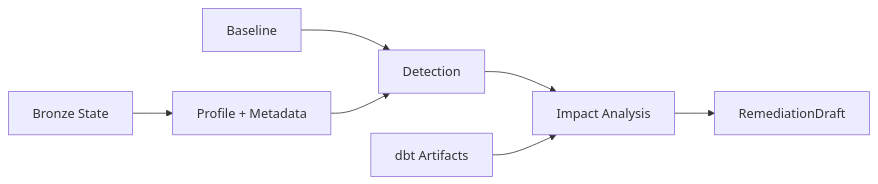
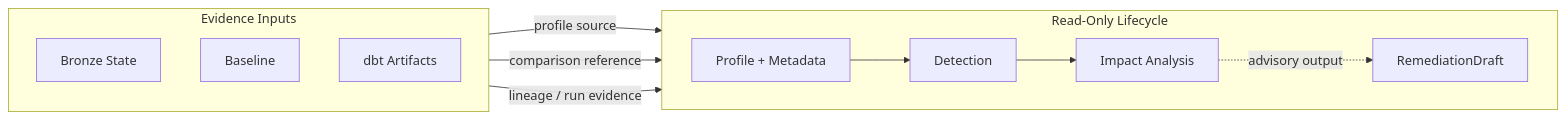
Before and after one commit to mols3131d/hmda-data-reliability: the first of 2 diagrams in docs/domains/reliability.md, drawn with Mermaid. The commit also changed other lines of this file, not shown here.

Commit message:
docs: improve reliability Mermaid lifecycle

````diff
--- a/docs/domains/reliability.md
+++ b/docs/domains/reliability.md
@@ -21,9 +21,19 @@
 ```mermaid
 flowchart LR
-    raw["Bronze State"] --> profile["Profile + Metadata"]
-    baseline["Baseline"] --> detection["Detection"]
-    profile --> detection
-    detection --> impact["Impact Analysis"]
-    artifacts["dbt Artifacts"] --> impact
-    impact --> draft["RemediationDraft"]
+    subgraph inputs["Evidence Inputs"]
+        direction TB
+        raw["Bronze State"]
+        baseline["Baseline"]
+        artifacts["dbt Artifacts"]
+    end
+
+    subgraph lifecycle["Read-Only Lifecycle"]
+        direction LR
+        profile["Profile + Metadata"] --> detection["Detection"] --> impact["Impact Analysis"]
+        impact -.->|advisory output| draft["RemediationDraft"]
+    end
+
+    raw -->|profile source| profile
+    baseline -->|comparison reference| detection
+    artifacts -->|lineage / run evidence| impact
 ```
````
